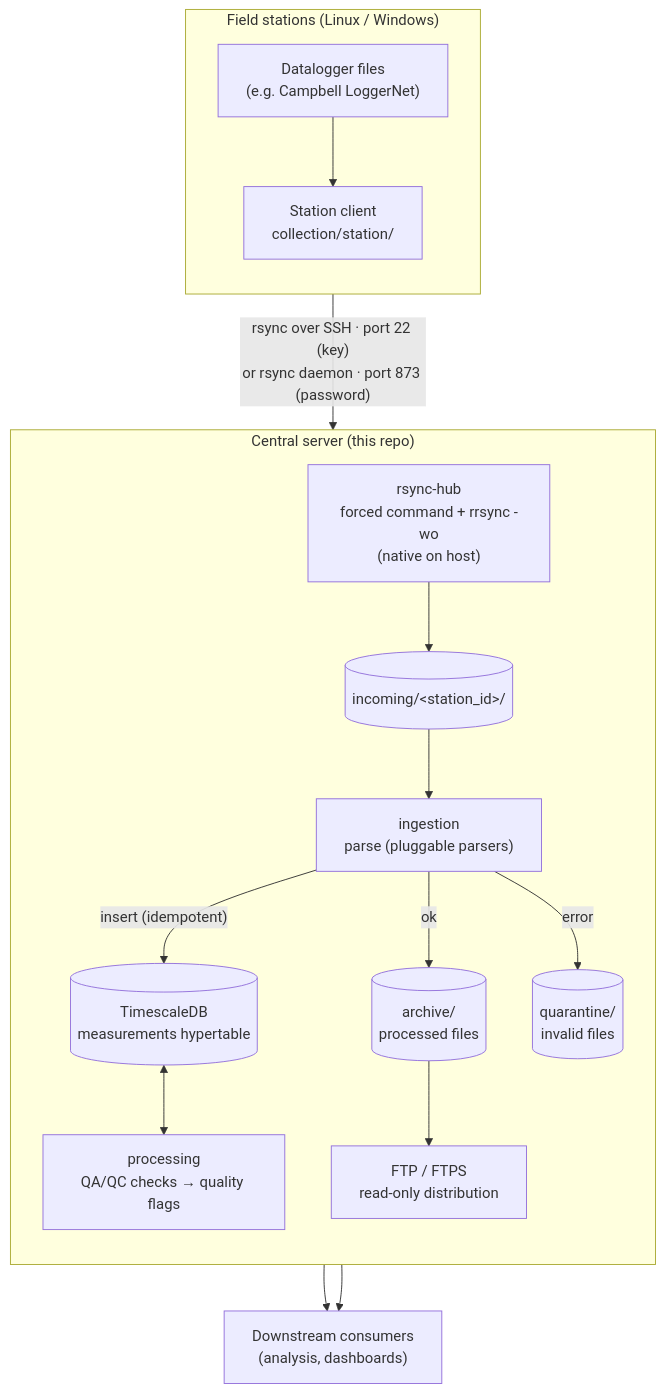
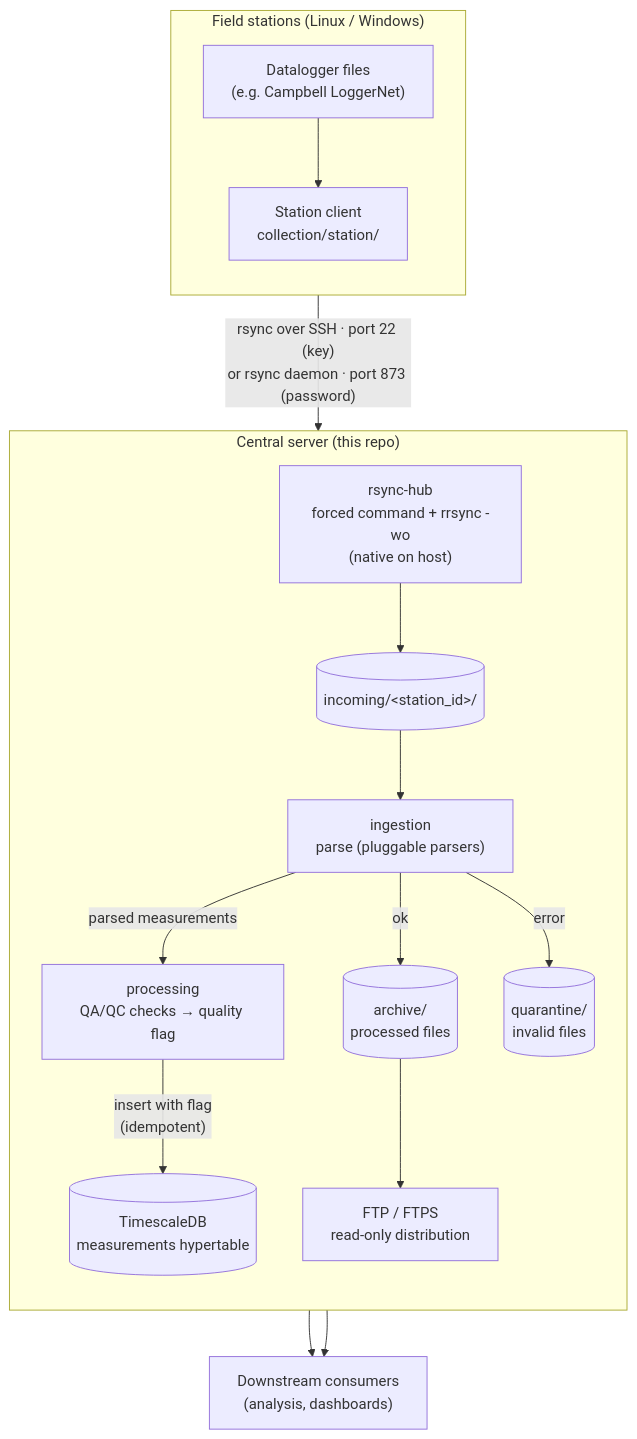
The diagram in README.md (CarbonARA-UFOPA/carbonara-datahub), drawn with Mermaid before and after one commit. The commit also changed other lines of this file and 16 other files, not shown here.

````diff
--- a/README.md
+++ b/README.md
@@ -13,35 +13,36 @@
 ```mermaid
+%%{init: {"flowchart": {"useMaxWidth": false}}}%%
 flowchart TB
     subgraph field["Field stations (Linux / Windows)"]
         direction TB
         ST["Datalogger files<br/>(e.g. Campbell LoggerNet)"]
         CL["Station client<br/>collection/station/"]
         ST --> CL
     end
 
     subgraph hub["Central server (this repo)"]
         direction TB
         RH["rsync-hub<br/>forced command + rrsync -wo<br/>(native on host)"]
         INC[("incoming/&lt;station_id&gt;/")]
         ING["ingestion<br/>parse (pluggable parsers)"]
+        PROC["processing<br/>QA/QC checks → quality flag"]
         QUA[("quarantine/<br/>invalid files")]
         ARC[("archive/<br/>processed files")]
         DB[("TimescaleDB<br/>measurements hypertable")]
-        PROC["processing<br/>QA/QC checks → quality flags"]
         FTP["FTP / FTPS<br/>read-only distribution"]
 
         RH --> INC
         INC --> ING
-        ING -- "insert (idempotent)" --> DB
+        ING -- "parsed measurements" --> PROC
+        PROC -- "insert with flag<br/>(idempotent)" --> DB
         ING -- "ok" --> ARC
         ING -- "error" --> QUA
-        DB <--> PROC
         ARC --> FTP
     end
 
     CONS["Downstream consumers<br/>(analysis, dashboards)"]
 
     CL -- "rsync over SSH · port 22 (key)<br/>or rsync daemon · port 873 (password)" --> RH
     FTP --> CONS
     DB --> CONS
 ```
````
